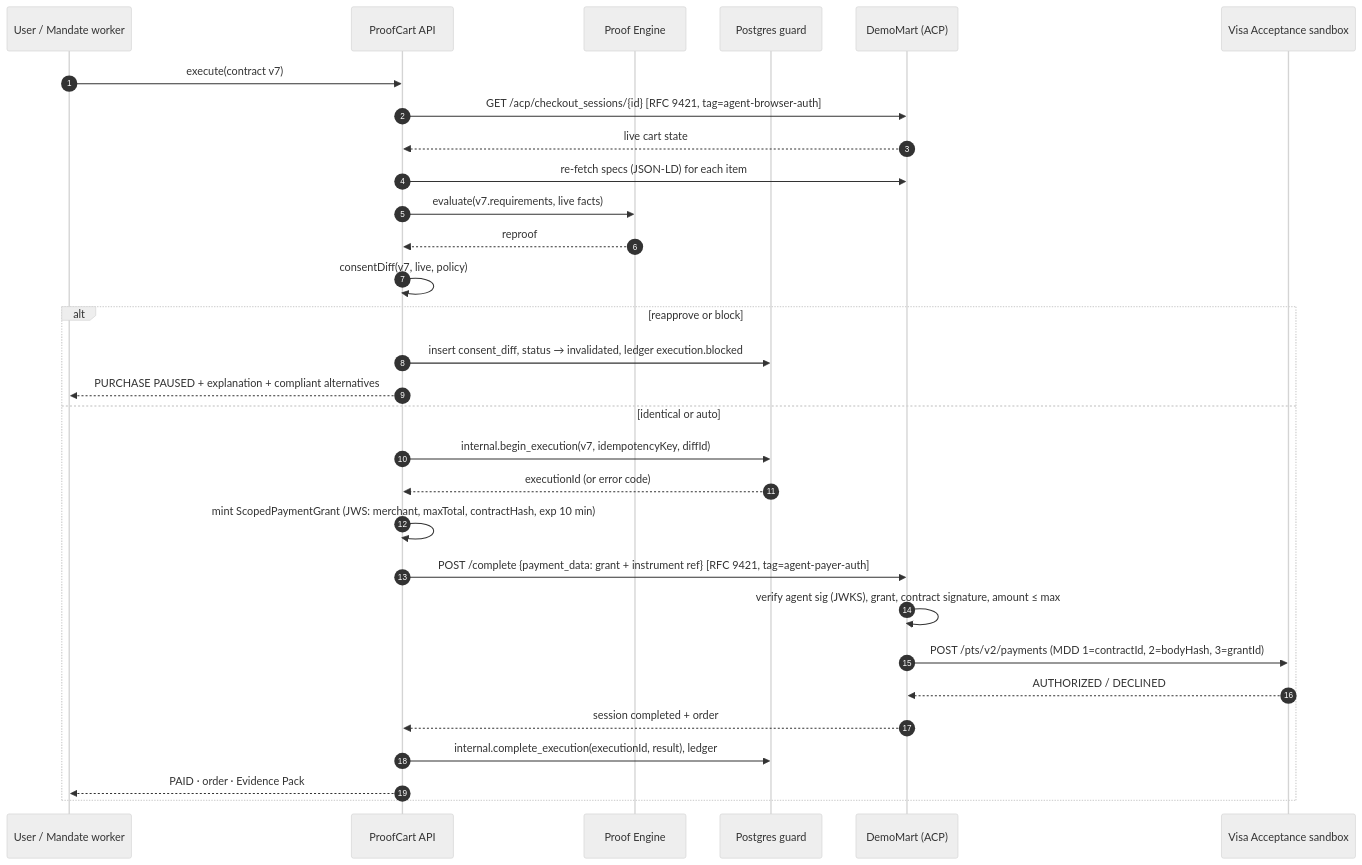
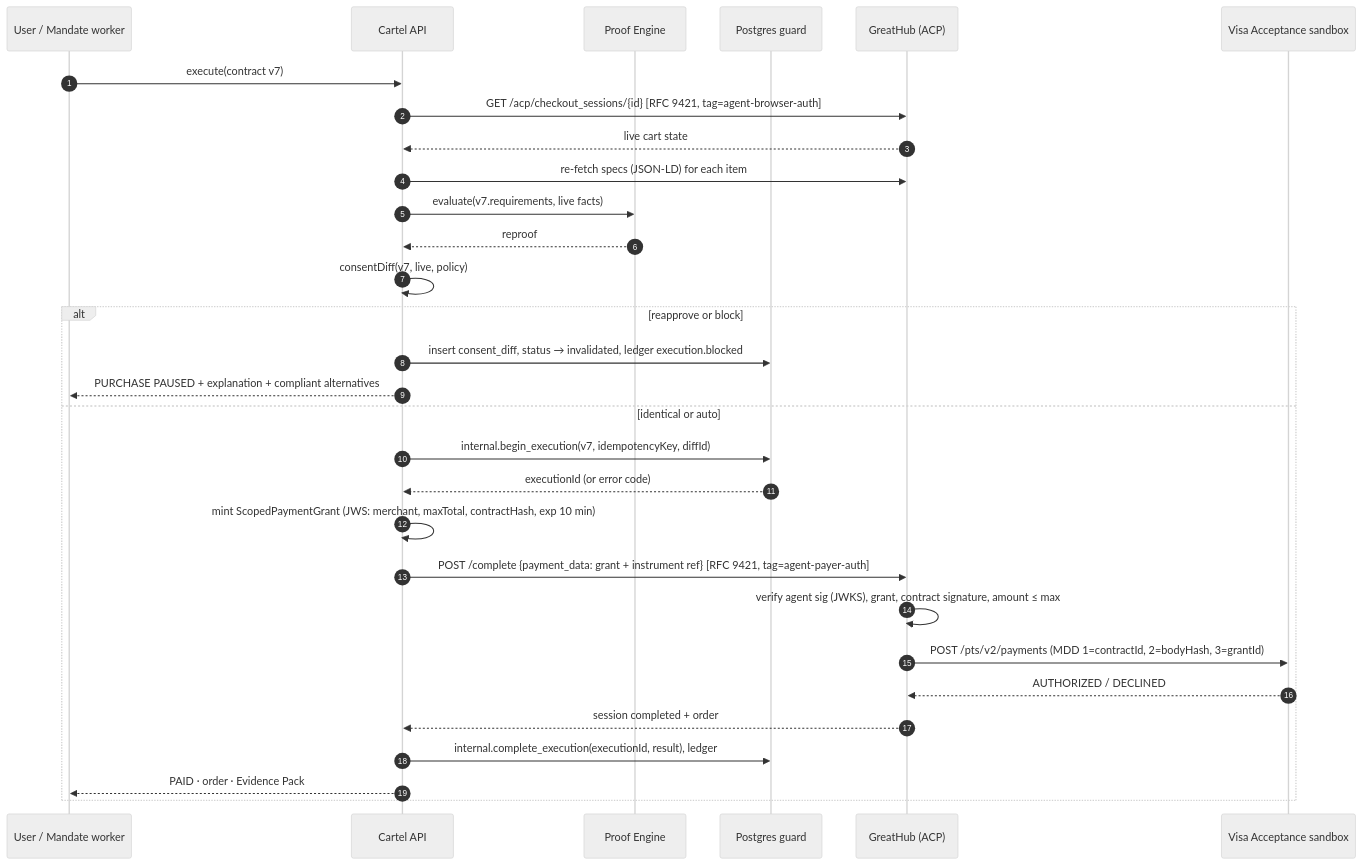
The fourth of 5 diagrams in docs/SDD.md (ItsHariii/HackGt13), drawn with Mermaid (neutral theme) before and after one commit. The commit also changed other lines of this file and 313 other files, not shown here.

First line of the commit message:
Rename ProofCart to Cartel and DemoMart to GreatHub

````diff
--- a/docs/SDD.md
+++ b/docs/SDD.md
@@ -767,32 +767,32 @@
 ```mermaid
 sequenceDiagram
   autonumber
   participant U as User / Mandate worker
-  participant W as ProofCart API
+  participant W as Cartel API
   participant PE as Proof Engine
   participant DB as Postgres guard
-  participant DM as DemoMart (ACP)
+  participant DM as GreatHub (ACP)
   participant V as Visa Acceptance sandbox
   U->>W: execute(contract v7)
   W->>DM: GET /acp/checkout_sessions/{id}  [RFC 9421, tag=agent-browser-auth]
   DM-->>W: live cart state
   W->>DM: re-fetch specs (JSON-LD) for each item
   W->>PE: evaluate(v7.requirements, live facts)
   PE-->>W: reproof
   W->>W: consentDiff(v7, live, policy)
   alt reapprove or block
     W->>DB: insert consent_diff, status → invalidated, ledger execution.blocked
     W-->>U: PURCHASE PAUSED + explanation + compliant alternatives
   else identical or auto
     W->>DB: internal.begin_execution(v7, idempotencyKey, diffId)
     DB-->>W: executionId (or error code)
     W->>W: mint ScopedPaymentGrant (JWS: merchant, maxTotal, contractHash, exp 10 min)
     W->>DM: POST /complete {payment_data: grant + instrument ref}  [RFC 9421, tag=agent-payer-auth]
     DM->>DM: verify agent sig (JWKS), grant, contract signature, amount ≤ max
     DM->>V: POST /pts/v2/payments (MDD 1=contractId, 2=bodyHash, 3=grantId)
     V-->>DM: AUTHORIZED / DECLINED
     DM-->>W: session completed + order
     W->>DB: internal.complete_execution(executionId, result), ledger
     W-->>U: PAID · order · Evidence Pack
   end
 ```
````
